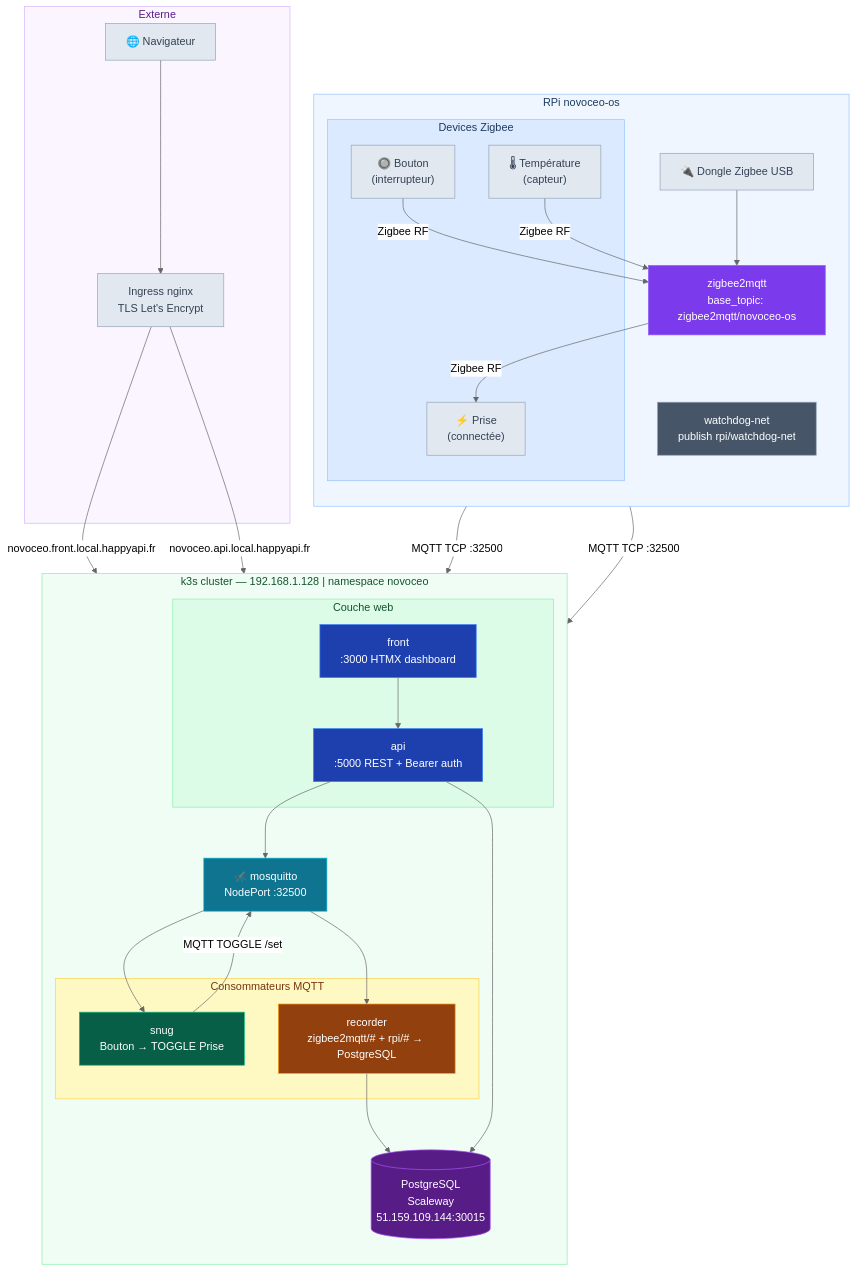
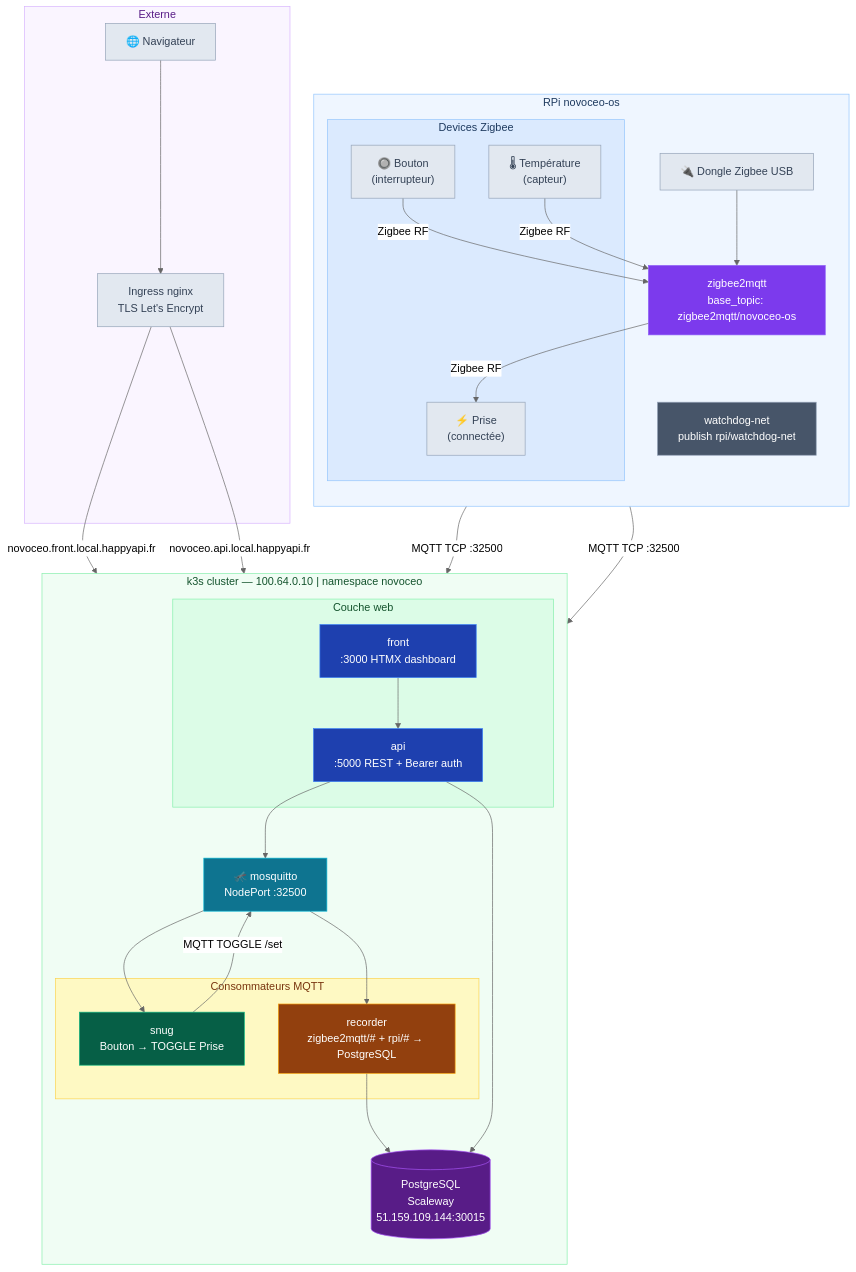
The first of 2 diagrams in docs/architecture.md (jsavajols/novoceo), drawn with Mermaid before and after one commit. The commit also changed other lines of this file and 14 other files, not shown here.

````diff
--- a/docs/architecture.md
+++ b/docs/architecture.md
@@ -5,79 +5,79 @@
 ```mermaid
 %%{init: {'theme': 'neutral'}}%%
 graph TB
     subgraph rpi["RPi novoceo-os"]
         direction TB
         DONGLE["🔌 Dongle Zigbee USB"]
         Z2M["zigbee2mqtt\nbase_topic: zigbee2mqtt/novoceo-os"]
         WDG["watchdog-net\npublish rpi/watchdog-net"]
         DONGLE --> Z2M
 
         subgraph devices["Devices Zigbee"]
             BOUTON["🔘 Bouton\n(interrupteur)"]
             PRISE["⚡ Prise\n(connectée)"]
             TEMP["🌡 Température\n(capteur)"]
         end
 
         BOUTON -- "Zigbee RF" --> Z2M
         TEMP   -- "Zigbee RF" --> Z2M
         Z2M    -- "Zigbee RF" --> PRISE
     end
 
-    subgraph k3s["k3s cluster — 192.168.1.128  |  namespace novoceo"]
+    subgraph k3s["k3s cluster — 100.64.0.10  |  namespace novoceo"]
         direction TB
 
         MOSQ["🦟 mosquitto\nNodePort :32500"]
 
         subgraph consumers["Consommateurs MQTT"]
             SNUG["snug\nBouton → TOGGLE Prise"]
             REC["recorder\nzigbee2mqtt/# + rpi/# → PostgreSQL"]
         end
 
         subgraph web["Couche web"]
             API["api\n:5000  REST + Bearer auth"]
             FRONT["front\n:3000  HTMX dashboard"]
         end
 
         MOSQ --> SNUG
         MOSQ --> REC
         API  --> MOSQ
         REC  --> DB
         API  --> DB
         FRONT --> API
     end
 
     subgraph ext["Externe"]
         DB[("PostgreSQL\nScaleway\n51.159.109.144:30015")]
         BROWSER["🌐 Navigateur"]
         INGRESS["Ingress nginx\nTLS Let's Encrypt"]
     end
 
     Z2M  -- "MQTT TCP :32500" --> MOSQ
     WDG  -- "MQTT TCP :32500" --> MOSQ
     SNUG -- "MQTT TOGGLE /set" --> MOSQ
 
     BROWSER --> INGRESS
     INGRESS -- "novoceo.front.local.happyapi.fr" --> FRONT
     INGRESS -- "novoceo.api.local.happyapi.fr"   --> API
 
     style rpi      fill:#eff6ff,stroke:#93c5fd,color:#1e3a5f
     style k3s      fill:#f0fdf4,stroke:#86efac,color:#14532d
     style ext      fill:#faf5ff,stroke:#d8b4fe,color:#581c87
     style devices  fill:#dbeafe,stroke:#93c5fd,color:#1e3a5f
     style consumers fill:#fef9c3,stroke:#fcd34d,color:#78350f
     style web      fill:#dcfce7,stroke:#86efac,color:#14532d
     style MOSQ     fill:#0e7490,stroke:#06b6d4,color:#fff
     style Z2M      fill:#7c3aed,stroke:#8b5cf6,color:#fff
     style WDG      fill:#475569,stroke:#94a3b8,color:#fff
     style SNUG     fill:#065f46,stroke:#10b981,color:#fff
     style REC      fill:#92400e,stroke:#f59e0b,color:#fff
     style API      fill:#1e40af,stroke:#3b82f6,color:#fff
     style FRONT    fill:#1e40af,stroke:#3b82f6,color:#fff
     style DB       fill:#581c87,stroke:#a855f7,color:#fff
     style DONGLE   fill:#e2e8f0,stroke:#94a3b8,color:#334155
     style BOUTON   fill:#e2e8f0,stroke:#94a3b8,color:#334155
     style PRISE    fill:#e2e8f0,stroke:#94a3b8,color:#334155
     style TEMP     fill:#e2e8f0,stroke:#94a3b8,color:#334155
     style BROWSER  fill:#e2e8f0,stroke:#94a3b8,color:#334155
     style INGRESS  fill:#e2e8f0,stroke:#94a3b8,color:#334155
 ```
````
